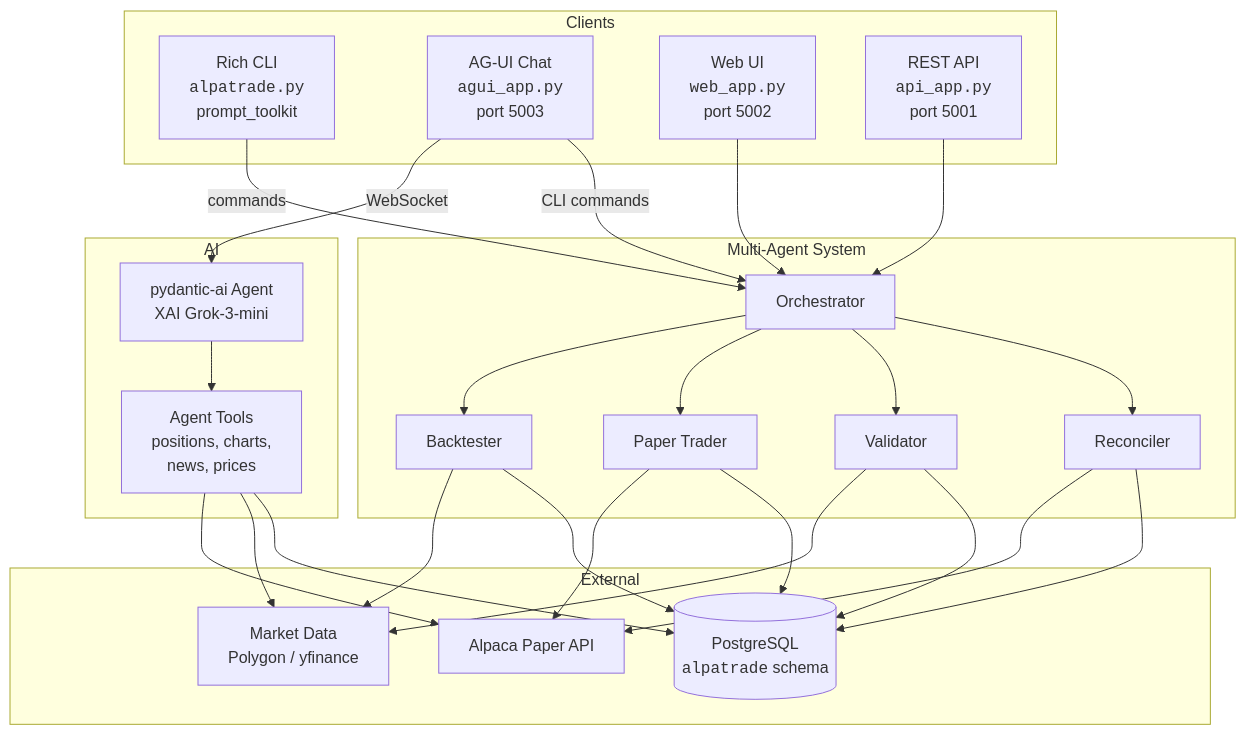
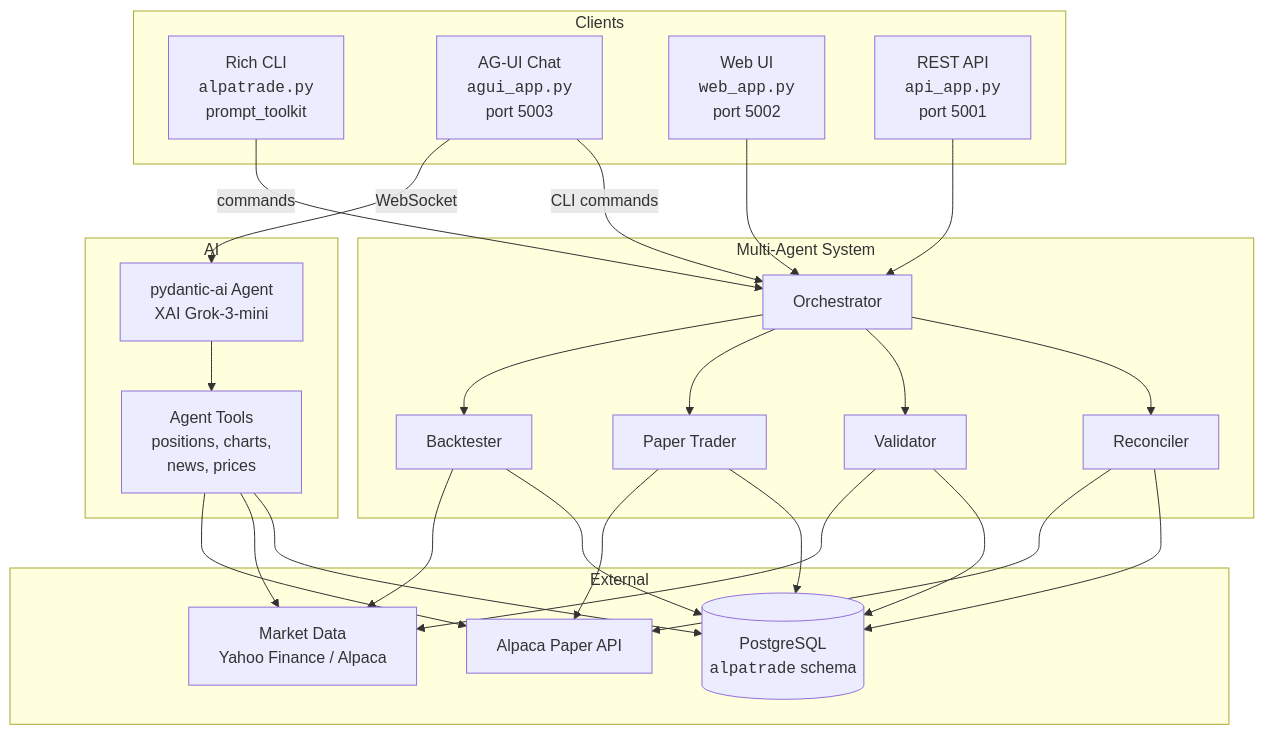
Before and after one commit to predictivelabsai/alpatrade: the first of 2 diagrams in README.md, drawn with Mermaid. The commit also changed other lines of this file and 35 other files, not shown here.

Commit message:
refactor(data): retire Polygon market feed

````diff
--- a/README.md
+++ b/README.md
@@ -56,52 +56,52 @@
 ```mermaid
 graph TB
     subgraph Clients
         CLI["Rich CLI<br/><code>alpatrade.py</code><br/>prompt_toolkit"]
         AGUI["AG-UI Chat<br/><code>agui_app.py</code><br/>port 5003"]
         WEB["Web UI<br/><code>web_app.py</code><br/>port 5002"]
         API["REST API<br/><code>api_app.py</code><br/>port 5001"]
     end
 
     subgraph AI
         AGENT["pydantic-ai Agent<br/>XAI Grok-3-mini"]
         TOOLS["Agent Tools<br/>positions, charts,<br/>news, prices"]
     end
 
     subgraph Agents["Multi-Agent System"]
         ORCH["Orchestrator"]
         BT["Backtester"]
         PT["Paper Trader"]
         VAL["Validator"]
         REC["Reconciler"]
     end
 
     subgraph External
         ALPACA["Alpaca Paper API"]
-        MARKET["Market Data<br/>Polygon / yfinance"]
+        MARKET["Market Data<br/>Yahoo Finance / Alpaca"]
         DB[("PostgreSQL<br/><code>alpatrade</code> schema")]
     end
 
     CLI -->|commands| ORCH
     AGUI -->|WebSocket| AGENT
     AGUI -->|CLI commands| ORCH
     AGENT --> TOOLS
     WEB --> ORCH
     API --> ORCH
 
     ORCH --> BT
     ORCH --> PT
     ORCH --> VAL
     ORCH --> REC
 
     BT --> MARKET
     BT --> DB
     PT --> ALPACA
     PT --> DB
     VAL --> MARKET
     VAL --> DB
     REC --> ALPACA
     REC --> DB
     TOOLS --> ALPACA
     TOOLS --> MARKET
     TOOLS --> DB
 ```
````
